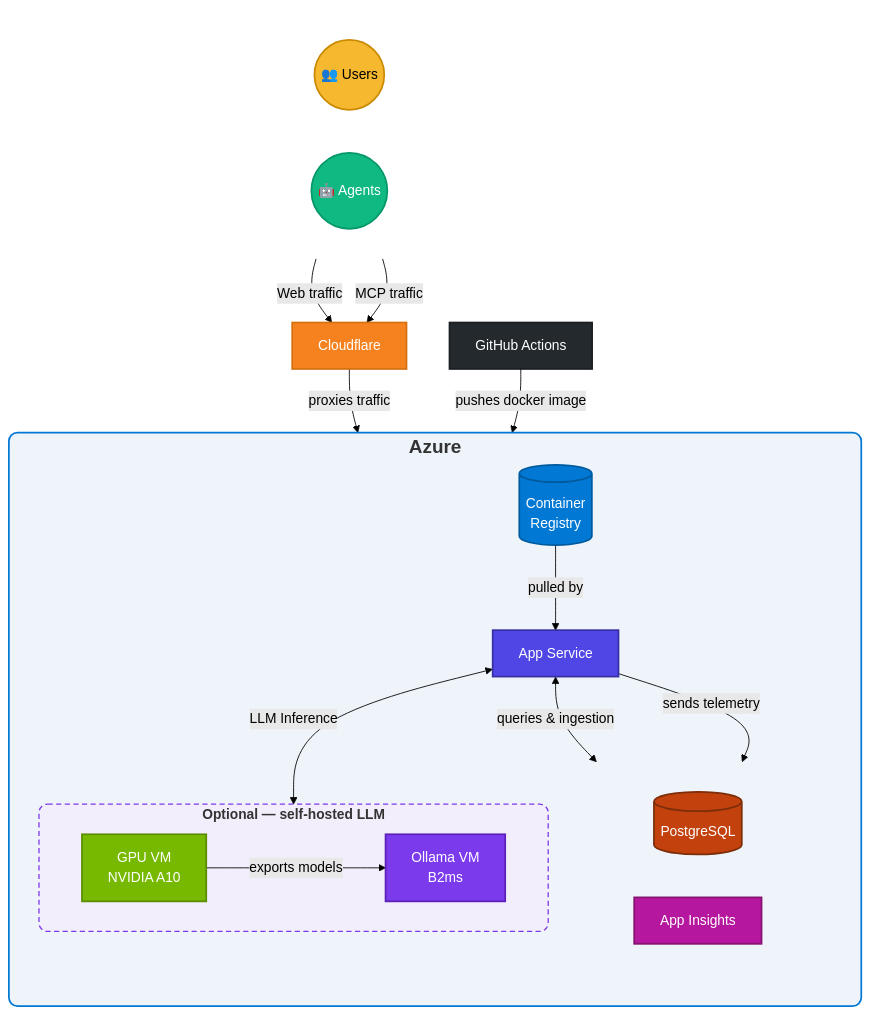
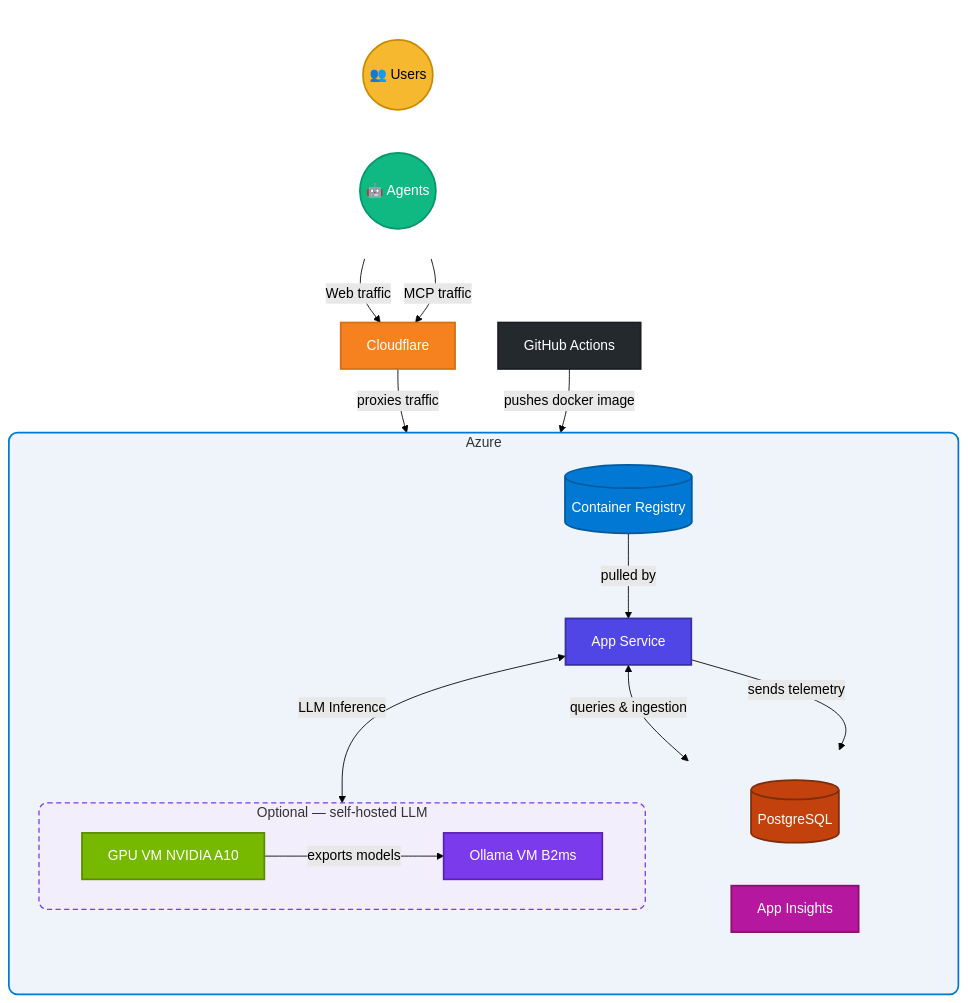
One commit to atomassi/rbac-catalog changed the first of 2 diagrams in README.md. Above: the diagram before and after it, drawn with Mermaid (forest theme).

Commit message:
fix: make Mermaid architecture diagram GitHub-compatible in README

````diff
--- a/README.md
+++ b/README.md
@@ -138,58 +138,58 @@
 ```mermaid
 flowchart TD
     subgraph Clients[" "]
         direction LR
         USER((👥 Users)):::user
         AI((🤖 Agents)):::ai
     end
     GH[GitHub Actions]:::github
     CDN[Cloudflare]:::cdn
     
-    subgraph AZ ["<span style='font-size:22px;font-weight:bold'>Azure</span>"]
+    subgraph AZ ["Azure"]
         direction TB
-        CR[(Container<br/>Registry)]:::azure
+        CR[(Container Registry)]:::azure
         AS[App Service]:::appsvc
         subgraph DATA [" "]
             direction LR
             PG[(PostgreSQL)]:::db
             INSIGHTS[App Insights]:::monitor
         end
-        subgraph OPT ["<span style='font-weight:bold'>Optional — self-hosted LLM</span>"]
+        subgraph OPT ["Optional — self-hosted LLM"]
             direction LR
-            GPU[GPU VM<br/>NVIDIA A10]:::gpu
-            OL[Ollama VM<br/>B2ms]:::ollama
+            GPU[GPU VM NVIDIA A10]:::gpu
+            OL[Ollama VM B2ms]:::ollama
         end
     end
     
     %% Ingress Traffic
     USER -->|Web traffic| CDN
     AI -->|MCP traffic| CDN
     CDN -->|proxies traffic| AS
     
     %% CI/CD Pipeline
     GH -->|pushes docker image| CR
     CR -->|pulled by| AS
     
     %% Application Dependencies
     AS <-->|queries & ingestion| PG
     AS -->|sends telemetry| INSIGHTS
     AS <-->|LLM Inference| OL
 
     GPU -->|exports models| OL
 
     classDef user fill:#F5B82E,color:#000,stroke:#C98A00,stroke-width:2px
     classDef ai fill:#10B981,color:#fff,stroke:#059669,stroke-width:2px
     classDef github fill:#24292e,color:#fff,stroke:#1a1e22,stroke-width:2px
     classDef cdn fill:#F6821F,color:#fff,stroke:#d4700f,stroke-width:2px
     classDef azure fill:#0078D4,color:#fff,stroke:#005a9e,stroke-width:2px
     classDef appsvc fill:#4F46E5,color:#fff,stroke:#3730A3,stroke-width:2px
     classDef db fill:#C2410C,color:#fff,stroke:#7C2D0A,stroke-width:2px
     classDef ollama fill:#7C3AED,color:#fff,stroke:#5B21B6,stroke-width:2px
     classDef gpu fill:#76B900,color:#fff,stroke:#5a8c00,stroke-width:2px
     classDef monitor fill:#B5179E,color:#fff,stroke:#86116F,stroke-width:2px
     
     style AZ fill:#EEF4FA,stroke:#0078D4,stroke-width:2px,rx:10
     style DATA fill:none,stroke:none
     style OPT fill:#F3EEFB,stroke:#7C3AED,stroke-width:1.5px,stroke-dasharray:6 4,rx:10
     style Clients fill:none,stroke:none
 ```
````
